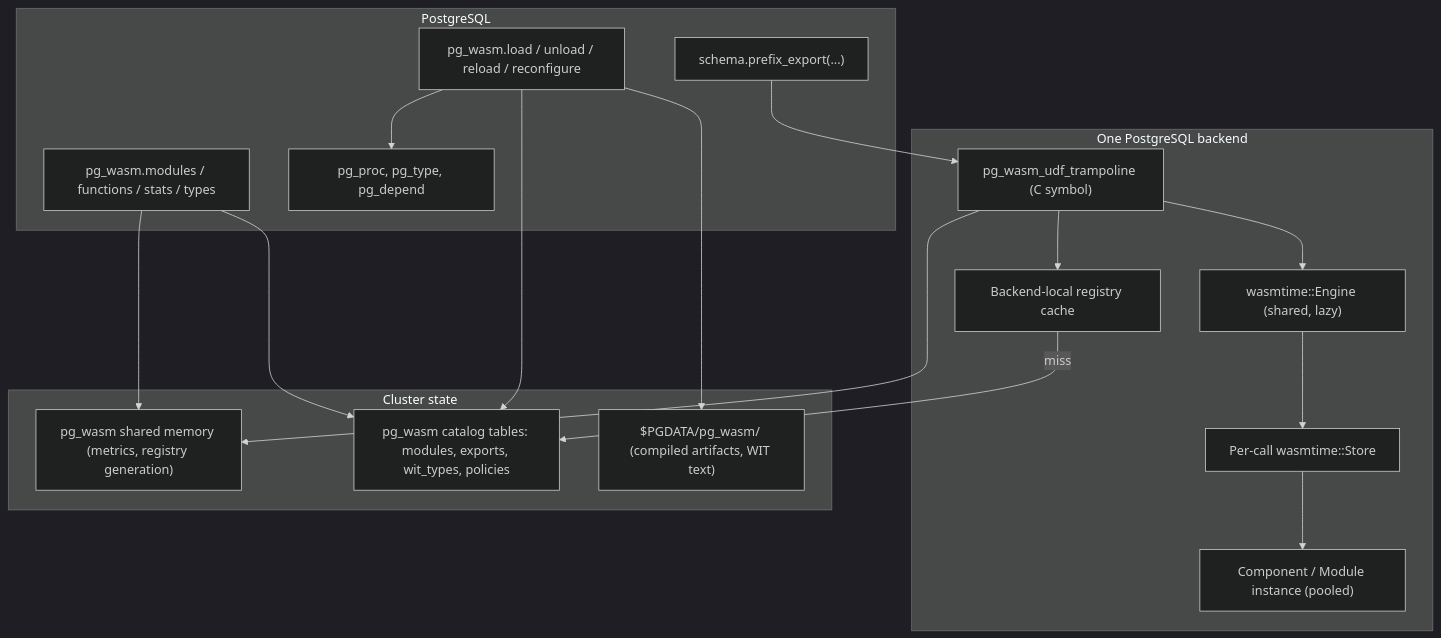
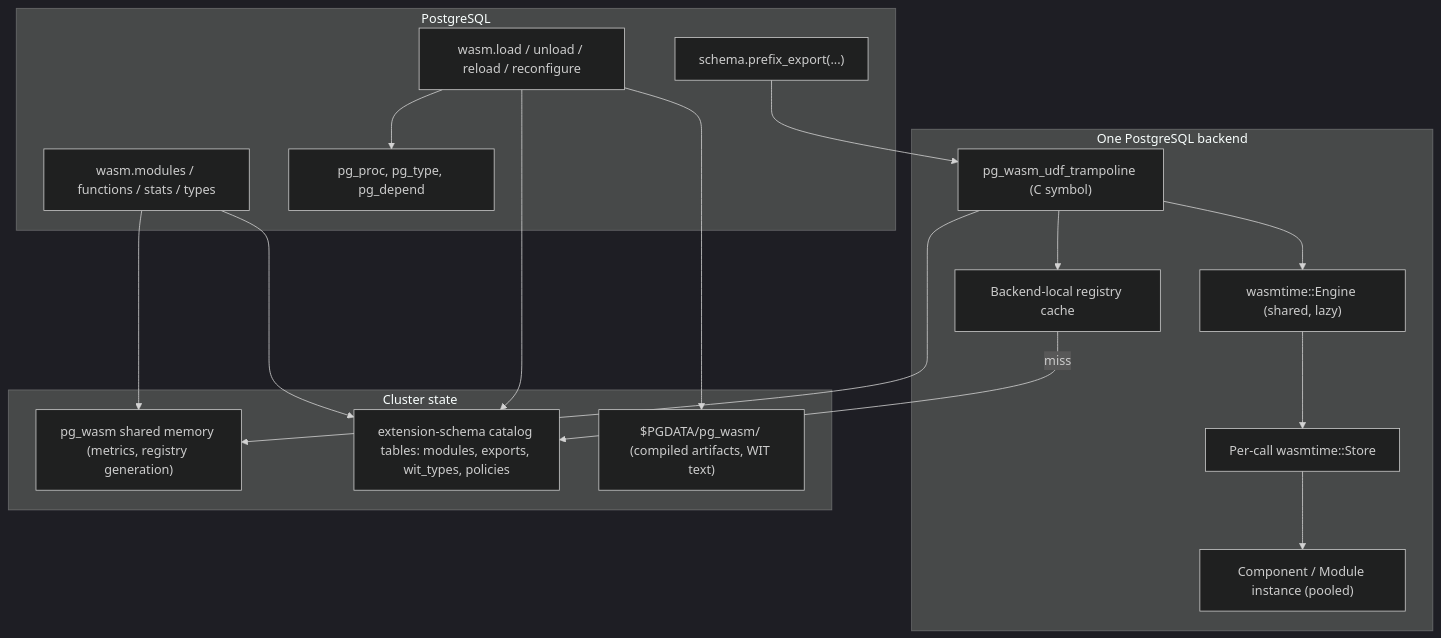
The first of 3 diagrams in docs/architecture.md (jnicholls/pg_wasm), drawn with Mermaid (dark theme) before and after one commit. The commit also changed other lines of this file and 5 other files, not shown here.

Commit message:
Complete pg_wasm plan architecture alignment

````diff
--- a/docs/architecture.md
+++ b/docs/architecture.md
@@ -53,36 +56,36 @@
 ```mermaid
 flowchart TB
   subgraph SQL["PostgreSQL"]
-    API["pg_wasm.load / unload / reload / reconfigure"]
+    API["wasm.load / unload / reload / reconfigure"]
     UDF["schema.prefix_export(...)"]
-    Views["pg_wasm.modules / functions / stats / types"]
+    Views["wasm.modules / functions / stats / types"]
     Catalog["pg_proc, pg_type, pg_depend"]
   end
 
   subgraph BackendProcess["One PostgreSQL backend"]
     Tramp["pg_wasm_udf_trampoline (C symbol)"]
     LocalReg["Backend-local registry cache"]
     Engine["wasmtime::Engine (shared, lazy)"]
     Store["Per-call wasmtime::Store"]
     Instance["Component / Module instance (pooled)"]
   end
 
   subgraph ClusterState["Cluster state"]
     Shmem["pg_wasm shared memory (metrics, registry generation)"]
-    CatalogTables["pg_wasm catalog tables: modules, exports, wit_types, policies"]
+    CatalogTables["extension-schema catalog tables: modules, exports, wit_types, policies"]
     Fs["$PGDATA/pg_wasm/ (compiled artifacts, WIT text)"]
   end
 
   API --> CatalogTables
   API --> Fs
   API --> Catalog
   UDF --> Tramp
   Tramp --> LocalReg
   LocalReg -->|miss| CatalogTables
   Tramp --> Engine
   Engine --> Store
   Store --> Instance
   Tramp --> Shmem
   Views --> CatalogTables
   Views --> Shmem
 ```
````
